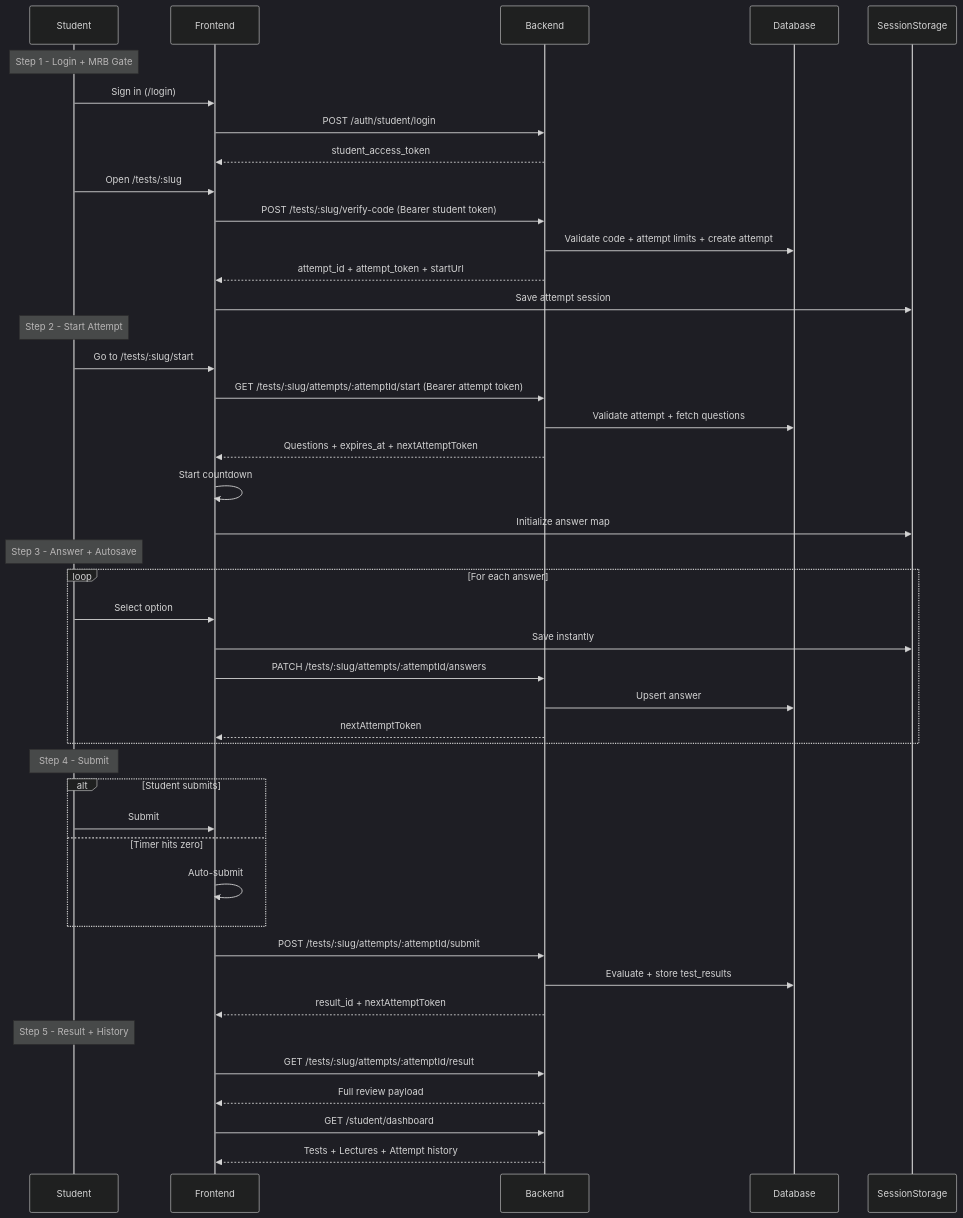
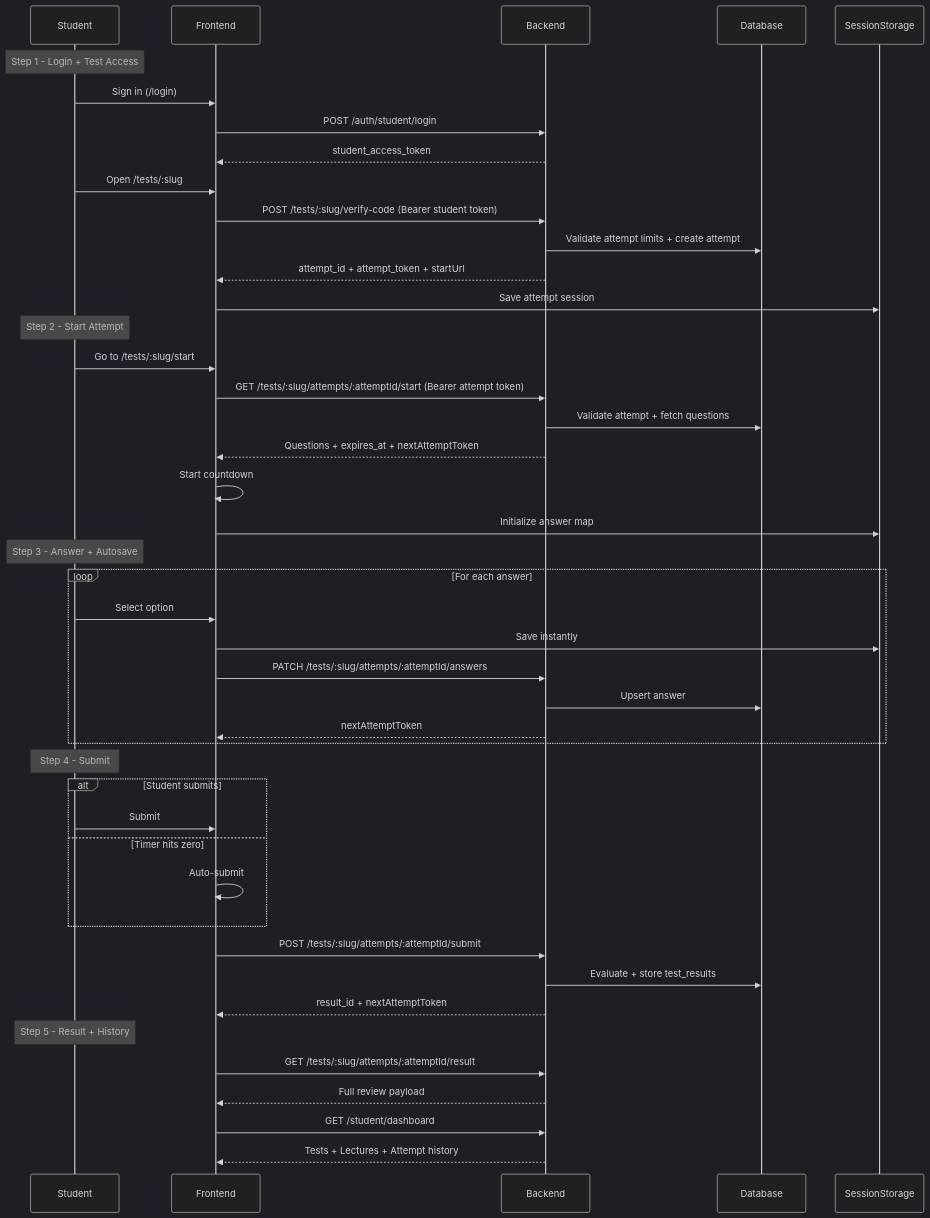
The diagram in docs/student-test-workflow.md (WebXNova/Mrb-site), drawn with Mermaid (dark theme) before and after one commit. The commit also changed other lines of this file and 49 other files, not shown here.

First line of the commit message:
Add admin remarks, contact form, student Q&A; remove MRB code flow

````diff
--- a/docs/student-test-workflow.md
+++ b/docs/student-test-workflow.md
@@ -5,51 +5,51 @@
 ```mermaid
 sequenceDiagram
     participant S as Student
     participant FE as Frontend
     participant BE as Backend
     participant DB as Database
     participant SS as SessionStorage
 
-    Note over S: Step 1 - Login + MRB Gate
+    Note over S: Step 1 - Login + Test Access
     S->>FE: Sign in (/login)
     FE->>BE: POST /auth/student/login
     BE-->>FE: student_access_token
     S->>FE: Open /tests/:slug
     FE->>BE: POST /tests/:slug/verify-code (Bearer student token)
-    BE->>DB: Validate code + attempt limits + create attempt
+    BE->>DB: Validate attempt limits + create attempt
     BE-->>FE: attempt_id + attempt_token + startUrl
     FE->>SS: Save attempt session
 
     Note over S: Step 2 - Start Attempt
     S->>FE: Go to /tests/:slug/start
     FE->>BE: GET /tests/:slug/attempts/:attemptId/start (Bearer attempt token)
     BE->>DB: Validate attempt + fetch questions
     BE-->>FE: Questions + expires_at + nextAttemptToken
     FE->>FE: Start countdown
     FE->>SS: Initialize answer map
 
     Note over S: Step 3 - Answer + Autosave
     loop For each answer
         S->>FE: Select option
         FE->>SS: Save instantly
         FE->>BE: PATCH /tests/:slug/attempts/:attemptId/answers
         BE->>DB: Upsert answer
         BE-->>FE: nextAttemptToken
     end
 
     Note over S: Step 4 - Submit
     alt Student submits
         S->>FE: Submit
     else Timer hits zero
         FE->>FE: Auto-submit
     end
     FE->>BE: POST /tests/:slug/attempts/:attemptId/submit
     BE->>DB: Evaluate + store test_results
     BE-->>FE: result_id + nextAttemptToken
 
     Note over S: Step 5 - Result + History
     FE->>BE: GET /tests/:slug/attempts/:attemptId/result
     BE-->>FE: Full review payload
     FE->>BE: GET /student/dashboard
     BE-->>FE: Tests + Lectures + Attempt history
 ```
````
